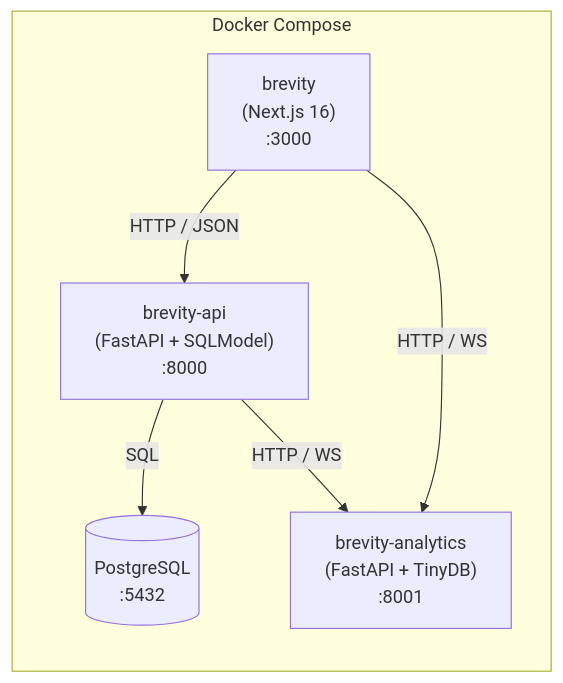
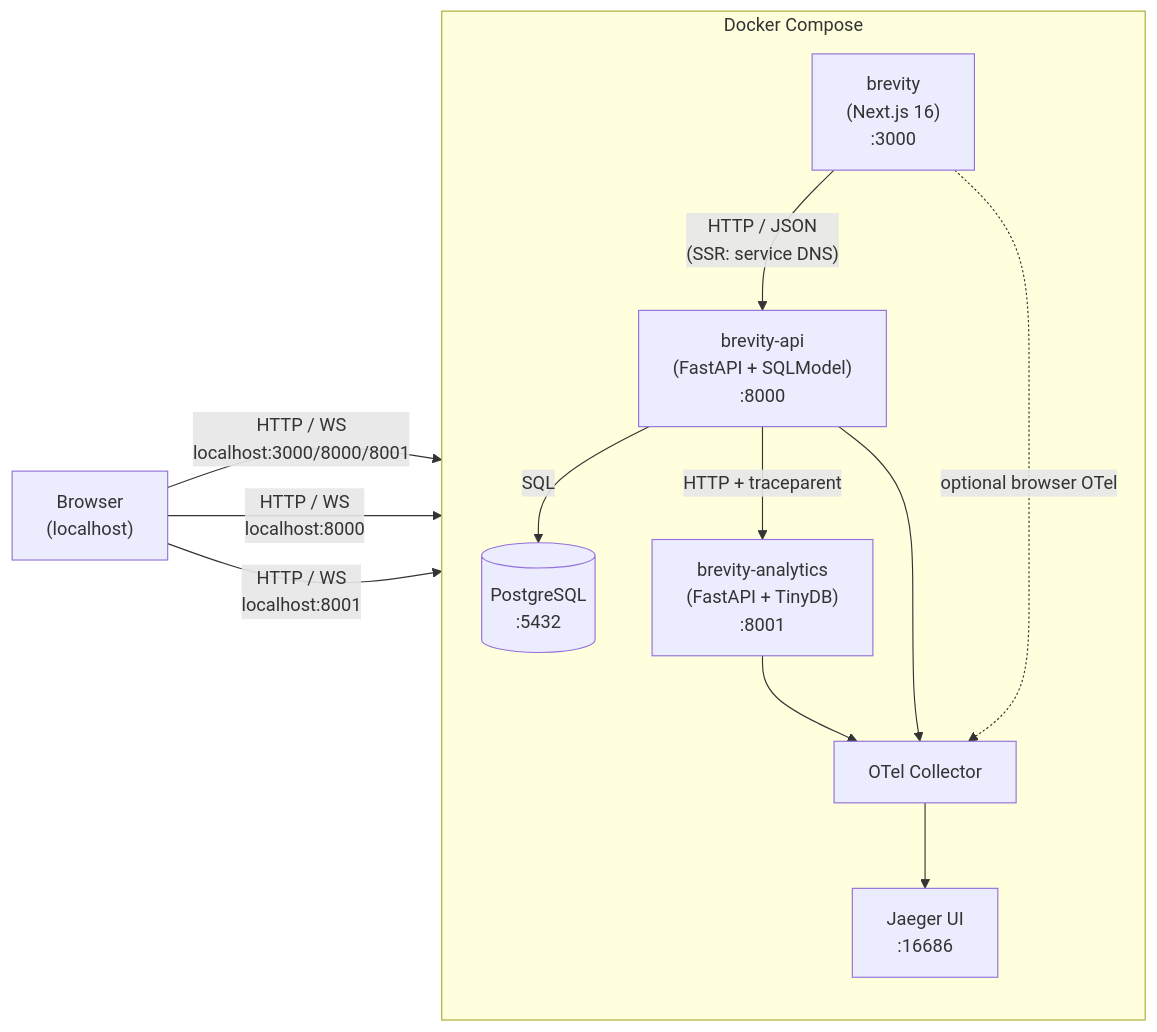
The first of 2 diagrams in memory-bank/specs/architecture.md (4GeeksAcademy/ft-ai-2-frontend-dev), drawn with Mermaid before and after one commit. The commit also changed other lines of this file and 71 other files, not shown here.

````diff
--- a/memory-bank/specs/architecture.md
+++ b/memory-bank/specs/architecture.md
@@ -8,15 +9,25 @@
 ```mermaid
 flowchart LR
     subgraph DC["Docker Compose"]
         direction TB
         F["brevity<br/>(Next.js 16)<br/>:3000"]
         API["brevity-api<br/>(FastAPI + SQLModel)<br/>:8000"]
         A["brevity-analytics<br/>(FastAPI + TinyDB)<br/>:8001"]
         DB[("PostgreSQL<br/>:5432")]
+        OTEL["OTel Collector"]
+        J["Jaeger UI<br/>:16686"]
     end
 
-    F -- "HTTP / JSON" --> API
+    Browser["Browser<br/>(localhost)"]
+
+    Browser -- "HTTP / WS<br/>localhost:3000/8000/8001" --> F
+    Browser -- "HTTP / WS<br/>localhost:8000" --> API
+    Browser -- "HTTP / WS<br/>localhost:8001" --> A
+    F -- "HTTP / JSON<br/>(SSR: service DNS)" --> API
     API -- "SQL" --> DB
-    API -- "HTTP / WS" --> A
-    F -- "HTTP / WS" --> A
+    API -- "HTTP + traceparent" --> A
+    F -. "optional browser OTel" .-> OTEL
+    API --> OTEL
+    A --> OTEL
+    OTEL --> J
 ```
````
